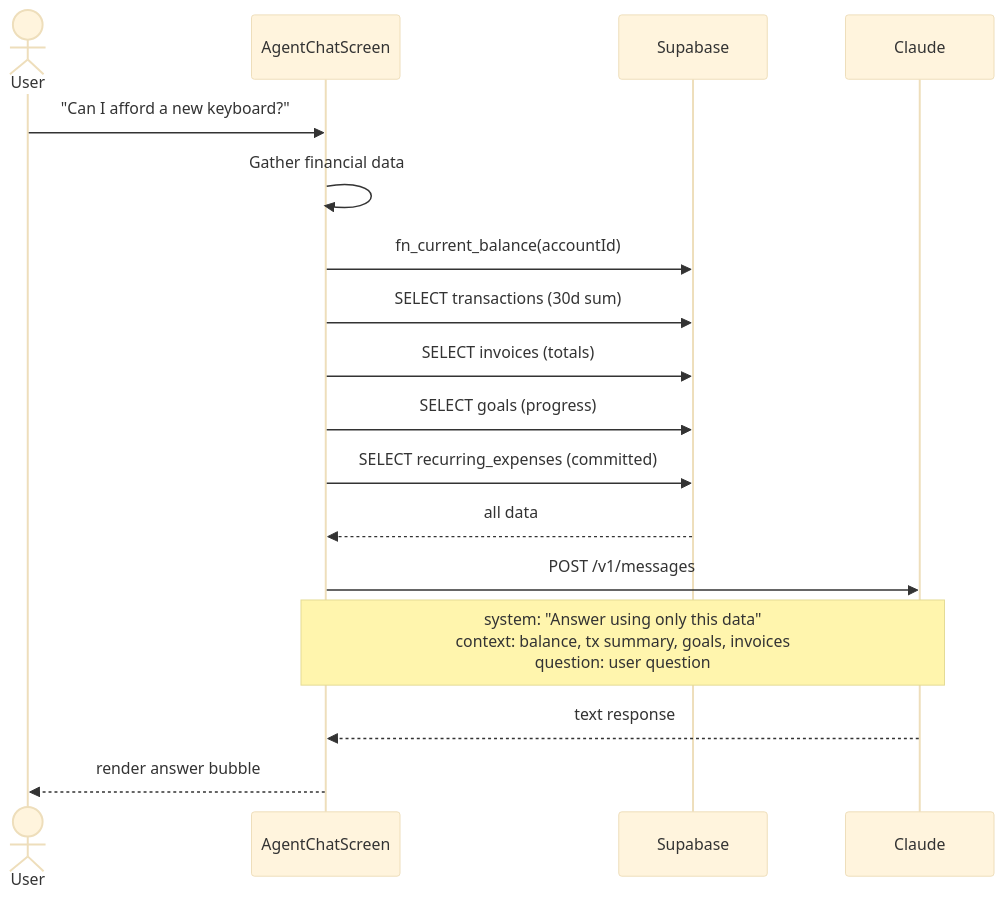
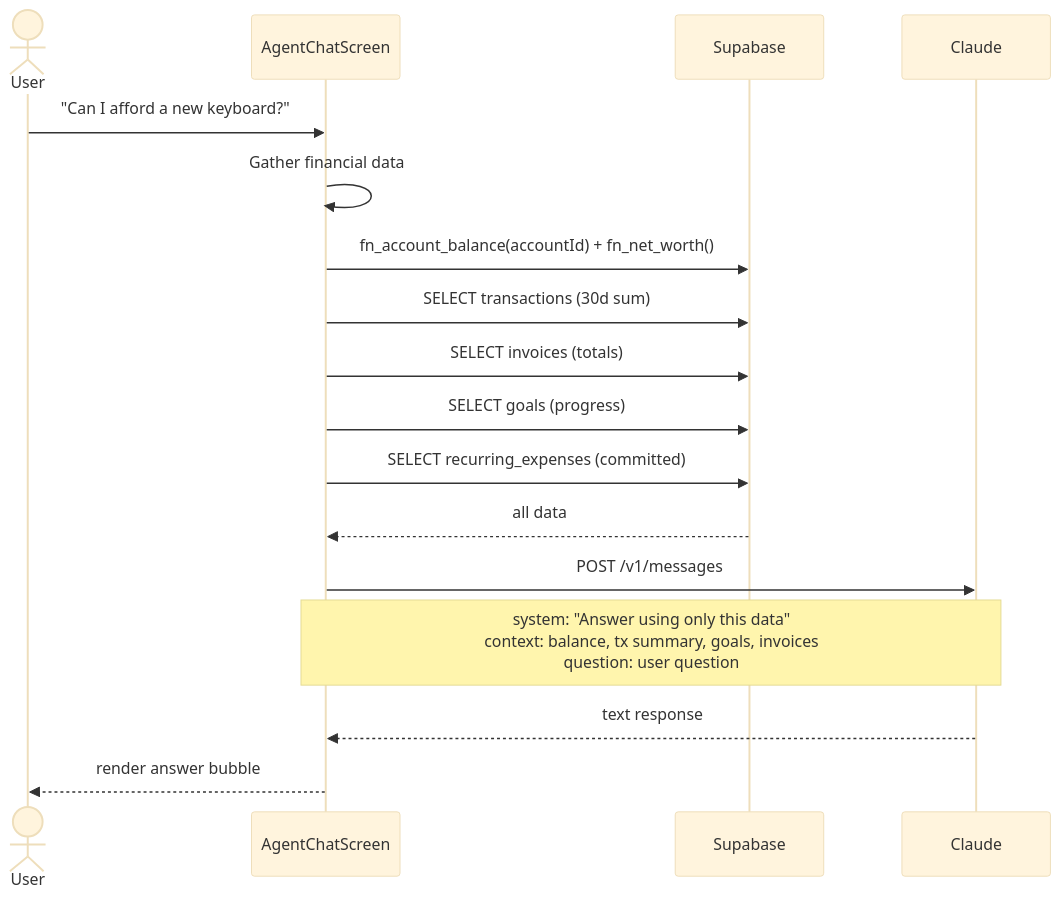
The fifth of 7 diagrams in docs/ARCHITECTURE.md (maybemnv/Financial-Tracker), drawn with Mermaid (base theme) before and after one commit. The commit also changed 4 other files, not shown here.

Commit message:
Fix: per-account fn_account_balance + fn_net_worth RPCs, remove accounts.balance, add opening_balance/date, raw_sms_hash, fix soft delete string bug

````diff
--- a/docs/ARCHITECTURE.md
+++ b/docs/ARCHITECTURE.md
@@ -168,21 +168,21 @@
 ```mermaid
 sequenceDiagram
     actor User
     participant App as AgentChatScreen
     participant Supabase
     participant Claude
 
     User->>App: "Can I afford a new keyboard?"
     App->>App: Gather financial data
-    App->>Supabase: fn_current_balance(accountId)
+    App->>Supabase: fn_account_balance(accountId) + fn_net_worth()
     App->>Supabase: SELECT transactions (30d sum)
     App->>Supabase: SELECT invoices (totals)
     App->>Supabase: SELECT goals (progress)
     App->>Supabase: SELECT recurring_expenses (committed)
     Supabase-->>App: all data
 
     App->>Claude: POST /v1/messages
     Note over App,Claude: system: "Answer using only this data"<br/>context: balance, tx summary, goals, invoices<br/>question: user question
     Claude-->>App: text response
     App-->>User: render answer bubble
 ```
````
